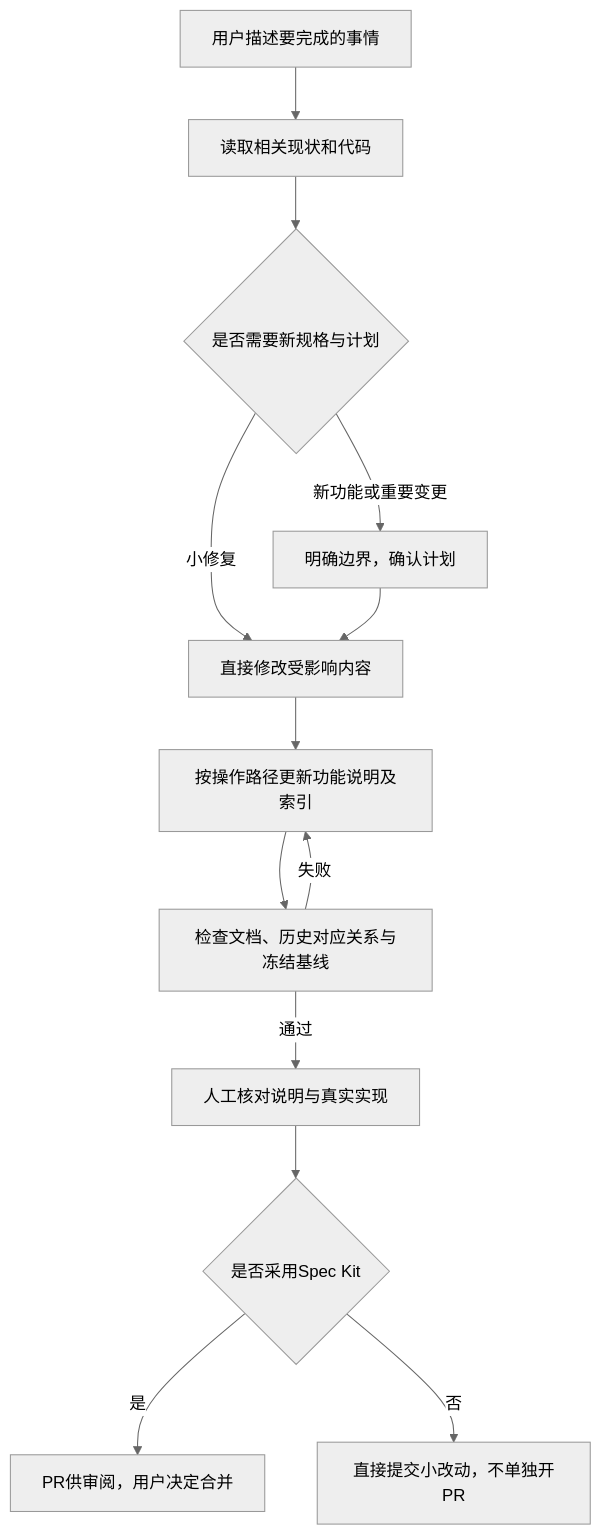
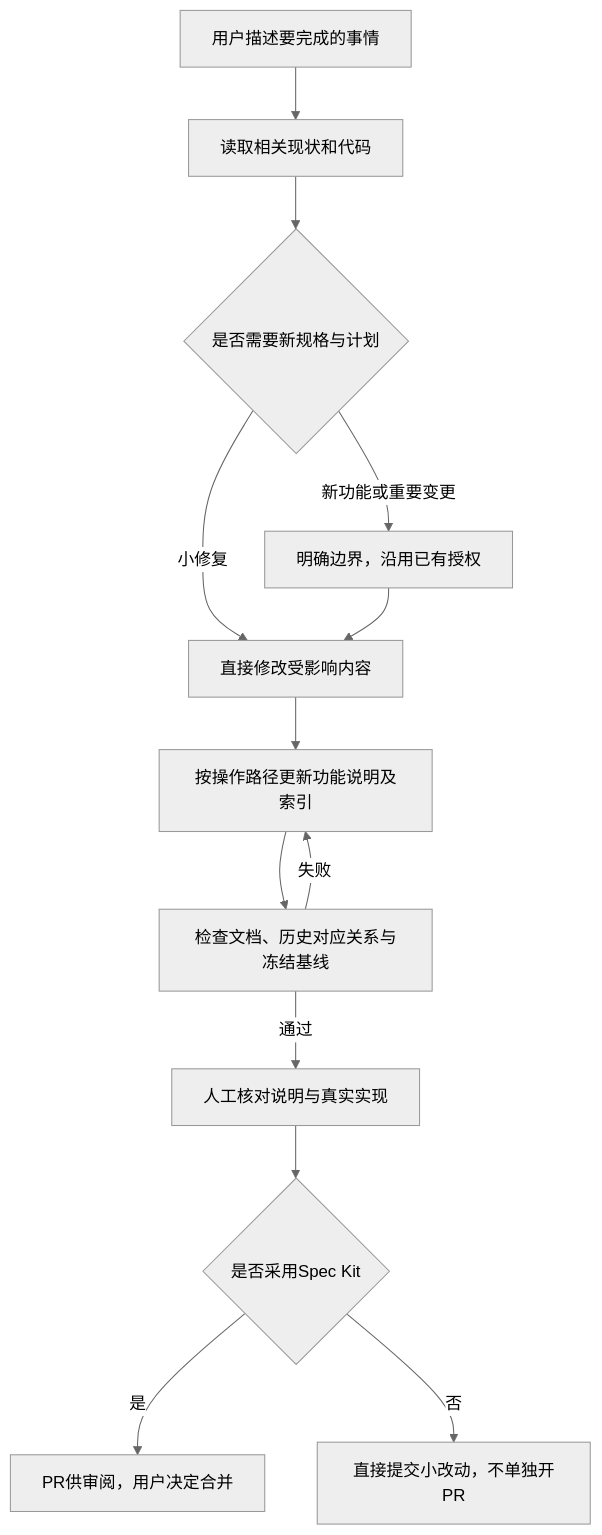
The diagram in docs/features/document-governance.md (Vibes-college/Vibes), drawn with Mermaid (neutral theme) before and after one commit. The commit also changed other lines of this file and 41 other files, not shown here.

````diff
--- a/docs/features/document-governance.md
+++ b/docs/features/document-governance.md
@@ -40,15 +40,15 @@
 ```mermaid
 flowchart TD
   A[用户描述要完成的事情] --> B[读取相关现状和代码]
   B --> C{是否需要新规格与计划}
-  C -->|新功能或重要变更| D[明确边界，确认计划]
+  C -->|新功能或重要变更| D[明确边界，沿用已有授权]
   C -->|小修复| E[直接修改受影响内容]
   D --> E
   E --> F[按操作路径更新功能说明及索引]
   F --> G[检查文档、历史对应关系与冻结基线]
   G -->|失败| F
   G -->|通过| H[人工核对说明与真实实现]
   H --> I{是否采用Spec Kit}
   I -->|是| J[PR供审阅，用户决定合并]
   I -->|否| K[直接提交小改动，不单独开PR]
 ```
````
